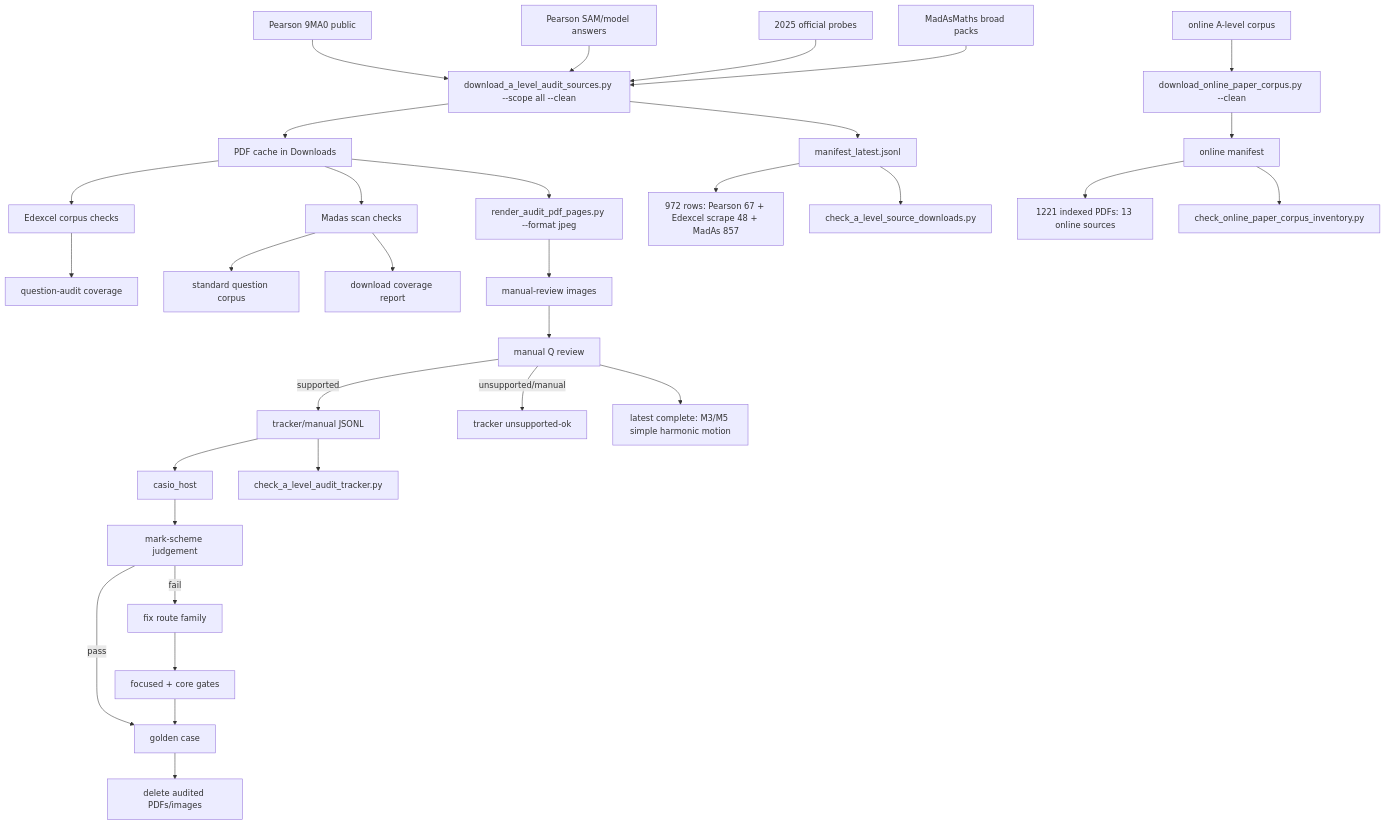
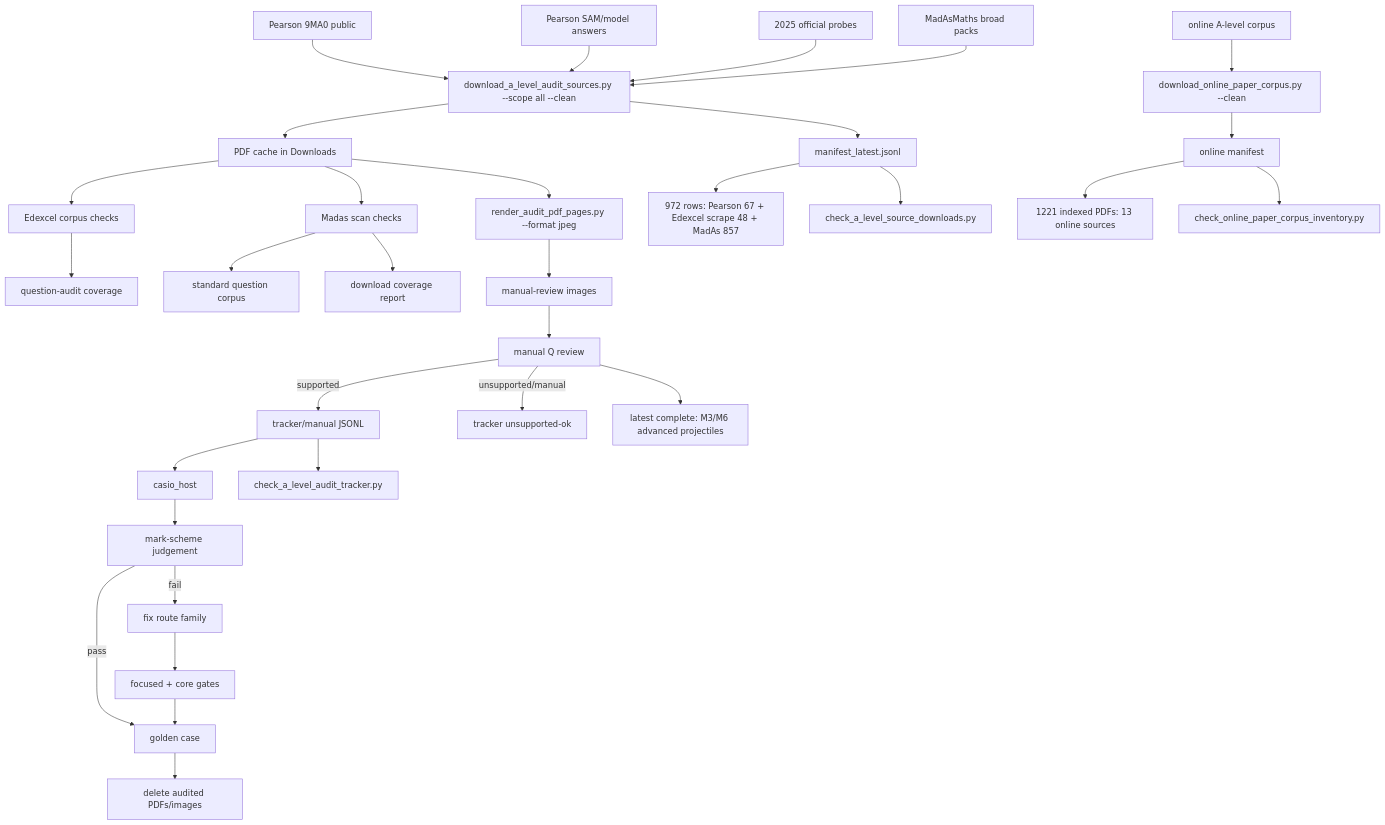
Before and after one commit to james8464/notes-addin-casio-fx-cg50: the diagram in c++/tools/golden/a_level_audit_graph.md, drawn with Mermaid. The commit also changed other lines of this file and 2 other files, not shown here.

Commit message:
Audit M3 M6 advanced projectiles booklet

````diff
--- a/c++/tools/golden/a_level_audit_graph.md
+++ b/c++/tools/golden/a_level_audit_graph.md
@@ -3,34 +3,34 @@
 ```mermaid
 graph TD
   E1["Pearson 9MA0 public"] --> D["download_a_level_audit_sources.py --scope all --clean"]
   E2["Pearson SAM/model answers"] --> D
   E3["2025 official probes"] --> D
   M1["MadAsMaths broad packs"] --> D
   O1["online A-level corpus"] --> OD["download_online_paper_corpus.py --clean"]
   D --> P["PDF cache in Downloads"]
   D --> X["manifest_latest.jsonl"]
   OD --> OX["online manifest"]
   X --> XC["972 rows: Pearson 67 + Edexcel scrape 48 + MadAs 857"]
   OX --> OC["1221 indexed PDFs: 13 online sources"]
   X --> V["check_a_level_source_downloads.py"]
   OX --> OV["check_online_paper_corpus_inventory.py"]
   P --> E["Edexcel corpus checks"]
   E --> EQ["question-audit coverage"]
   P --> S["Madas scan checks"]
   S --> M["standard question corpus"]
   S --> MC["download coverage report"]
   P --> R["render_audit_pdf_pages.py --format jpeg"]
   R --> I["manual-review images"]
   I --> Q["manual Q review"]
   Q -->|supported| J["tracker/manual JSONL"]
   Q -->|unsupported/manual| U["tracker unsupported-ok"]
   J --> H["casio_host"]
   J --> K["check_a_level_audit_tracker.py"]
   H --> C["mark-scheme judgement"]
   C -->|pass| G["golden case"]
   C -->|fail| F["fix route family"]
   F --> T["focused + core gates"]
   T --> G
   G --> Z["delete audited PDFs/images"]
-  Q --> Qt["latest complete: M3/M5 simple harmonic motion"]
+  Q --> Qt["latest complete: M3/M6 advanced projectiles"]
 ```
````
